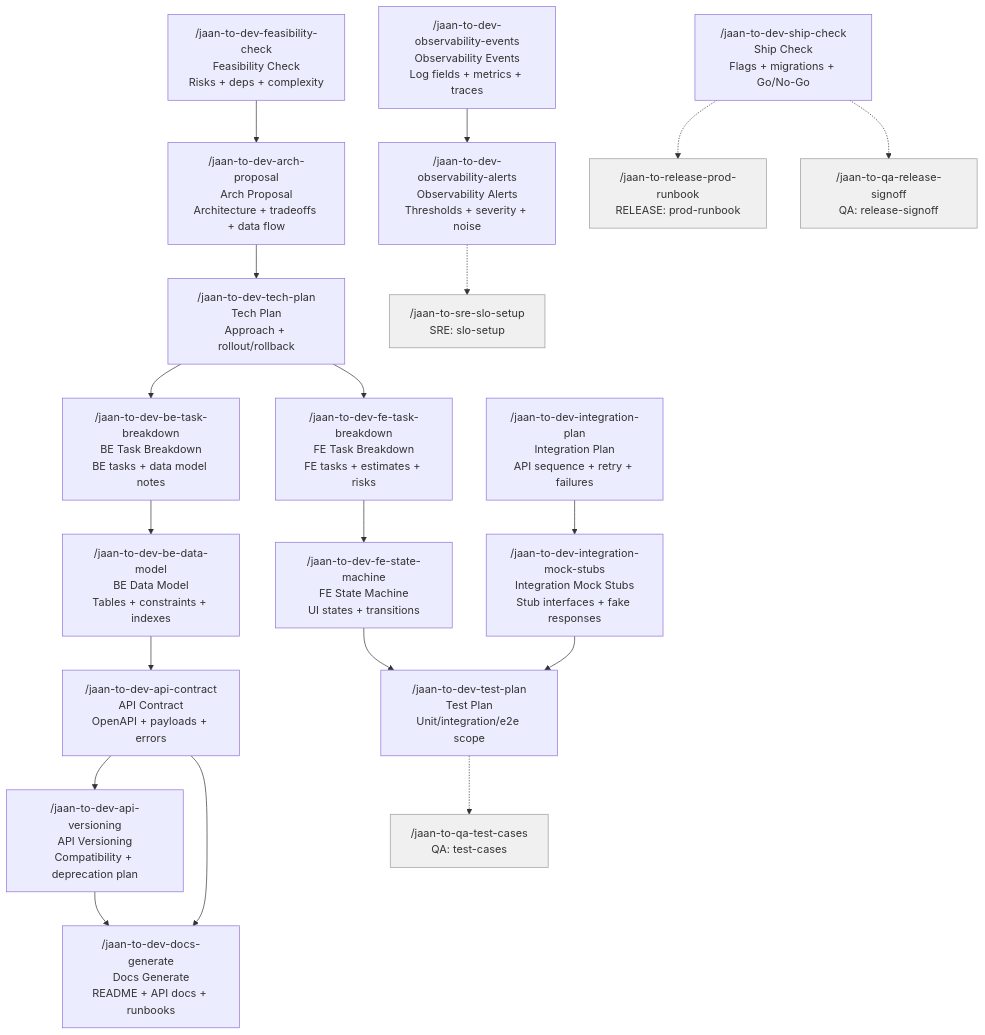
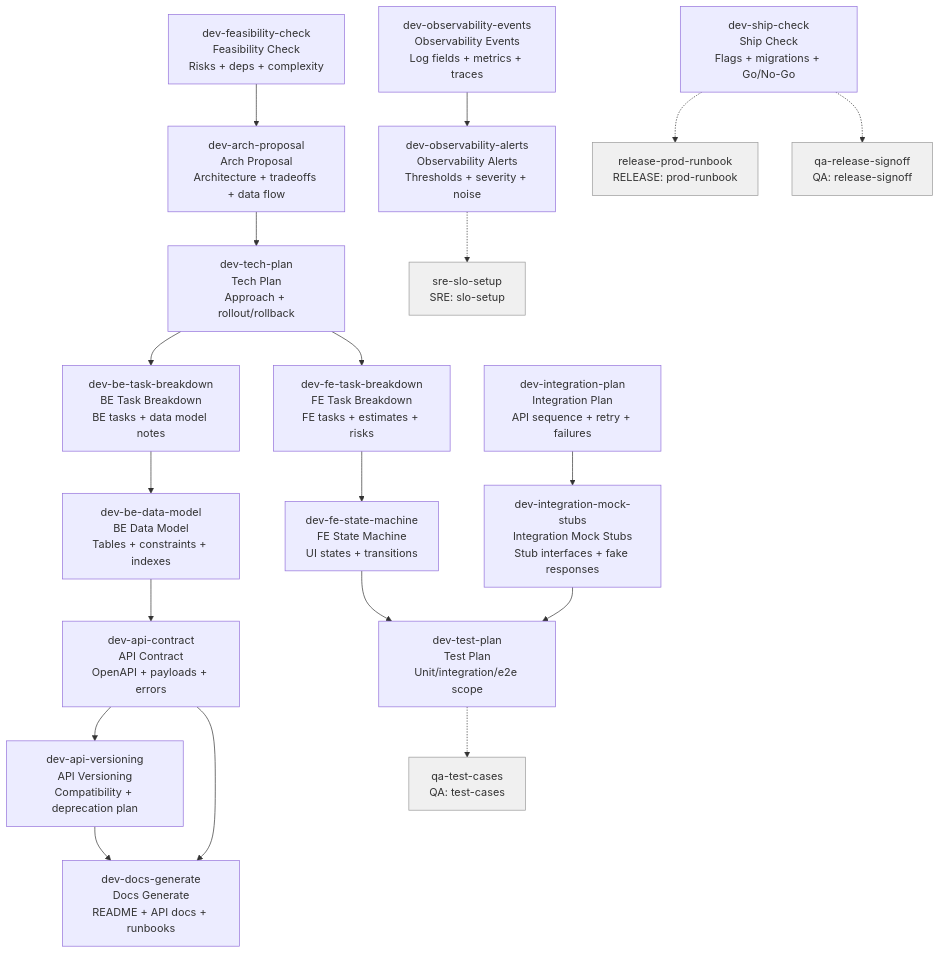
The diagram in roadmaps/jaan-to/tasks/role-skills/dev.md (parhumm/jaan-to), drawn with Mermaid before and after one commit. The commit also changed 10 other files, not shown here.

First line of the commit message:
fix(roadmap): Fix Mermaid userflow schemas across all 11 role-skills files

````diff
--- a/roadmaps/jaan-to/tasks/role-skills/dev.md
+++ b/roadmaps/jaan-to/tasks/role-skills/dev.md
@@ -9,26 +9,26 @@
 ```mermaid
 flowchart TD
-    jaan-to-dev-feasibility-check["/jaan-to-dev-feasibility-check\nFeasibility Check\nRisks + deps + complexity"] --> jaan-to-dev-arch-proposal["/jaan-to-dev-arch-proposal\nArch Proposal\nArchitecture + tradeoffs + data flow"]
-    jaan-to-dev-arch-proposal["/jaan-to-dev-arch-proposal\nArch Proposal\nArchitecture + tradeoffs + data flow"] --> jaan-to-dev-tech-plan["/jaan-to-dev-tech-plan\nTech Plan\nApproach + rollout/rollback"]
-    jaan-to-dev-tech-plan["/jaan-to-dev-tech-plan\nTech Plan\nApproach + rollout/rollback"] --> jaan-to-dev-be-task-breakdown["/jaan-to-dev-be-task-breakdown\nBE Task Breakdown\nBE tasks + data model notes"]
-    jaan-to-dev-tech-plan["/jaan-to-dev-tech-plan\nTech Plan\nApproach + rollout/rollback"] --> jaan-to-dev-fe-task-breakdown["/jaan-to-dev-fe-task-breakdown\nFE Task Breakdown\nFE tasks + estimates + risks"]
-    jaan-to-dev-be-task-breakdown["/jaan-to-dev-be-task-breakdown\nBE Task Breakdown\nBE tasks + data model notes"] --> jaan-to-dev-be-data-model["/jaan-to-dev-be-data-model\nBE Data Model\nTables + constraints + indexes"]
-    jaan-to-dev-be-data-model["/jaan-to-dev-be-data-model\nBE Data Model\nTables + constraints + indexes"] --> jaan-to-dev-api-contract["/jaan-to-dev-api-contract\nAPI Contract\nOpenAPI + payloads + errors"]
-    jaan-to-dev-api-contract["/jaan-to-dev-api-contract\nAPI Contract\nOpenAPI + payloads + errors"] --> jaan-to-dev-api-versioning["/jaan-to-dev-api-versioning\nAPI Versioning\nCompatibility + deprecation plan"]
-    jaan-to-dev-api-versioning["/jaan-to-dev-api-versioning\nAPI Versioning\nCompatibility + deprecation plan"] --> jaan-to-dev-docs-generate["/jaan-to-dev-docs-generate\nDocs Generate\nREADME + API docs + runbooks"]
-    jaan-to-dev-api-contract["/jaan-to-dev-api-contract\nAPI Contract\nOpenAPI + payloads + errors"] --> jaan-to-dev-docs-generate["/jaan-to-dev-docs-generate\nDocs Generate\nREADME + API docs + runbooks"]
-    jaan-to-dev-fe-task-breakdown["/jaan-to-dev-fe-task-breakdown\nFE Task Breakdown\nFE tasks + estimates + risks"] --> jaan-to-dev-fe-state-machine["/jaan-to-dev-fe-state-machine\nFE State Machine\nUI states + transitions"]
-    jaan-to-dev-fe-state-machine["/jaan-to-dev-fe-state-machine\nFE State Machine\nUI states + transitions"] --> jaan-to-dev-test-plan["/jaan-to-dev-test-plan\nTest Plan\nUnit/integration/e2e scope"]
-    jaan-to-dev-integration-plan["/jaan-to-dev-integration-plan\nIntegration Plan\nAPI sequence + retry + failures"] --> jaan-to-dev-integration-mock-stubs["/jaan-to-dev-integration-mock-stubs\nIntegration Mock Stubs\nStub interfaces + fake responses"]
-    jaan-to-dev-integration-mock-stubs["/jaan-to-dev-integration-mock-stubs\nIntegration Mock Stubs\nStub interfaces + fake responses"] --> jaan-to-dev-test-plan["/jaan-to-dev-test-plan\nTest Plan\nUnit/integration/e2e scope"]
-    jaan-to-dev-test-plan["/jaan-to-dev-test-plan\nTest Plan\nUnit/integration/e2e scope"] -.-> jaan-to-qa-test-cases["/jaan-to-qa-test-cases\nQA: test-cases"]
-    jaan-to-dev-observability-events["/jaan-to-dev-observability-events\nObservability Events\nLog fields + metrics + traces"] --> jaan-to-dev-observability-alerts["/jaan-to-dev-observability-alerts\nObservability Alerts\nThresholds + severity + noise"]
-    jaan-to-dev-observability-alerts["/jaan-to-dev-observability-alerts\nObservability Alerts\nThresholds + severity + noise"] -.-> jaan-to-sre-slo-setup["/jaan-to-sre-slo-setup\nSRE: slo-setup"]
-    jaan-to-dev-ship-check["/jaan-to-dev-ship-check\nShip Check\nFlags + migrations + Go/No-Go"] -.-> jaan-to-release-prod-runbook["/jaan-to-release-prod-runbook\nRELEASE: prod-runbook"]
-    jaan-to-dev-ship-check["/jaan-to-dev-ship-check\nShip Check\nFlags + migrations + Go/No-Go"] -.-> jaan-to-qa-release-signoff["/jaan-to-qa-release-signoff\nQA: release-signoff"]
+    jaan-to-dev-feasibility-check["dev-feasibility-check<br>Feasibility Check<br>Risks + deps + complexity"] --> jaan-to-dev-arch-proposal["dev-arch-proposal<br>Arch Proposal<br>Architecture + tradeoffs + data flow"]
+    jaan-to-dev-arch-proposal["dev-arch-proposal<br>Arch Proposal<br>Architecture + tradeoffs + data flow"] --> jaan-to-dev-tech-plan["dev-tech-plan<br>Tech Plan<br>Approach + rollout/rollback"]
+    jaan-to-dev-tech-plan["dev-tech-plan<br>Tech Plan<br>Approach + rollout/rollback"] --> jaan-to-dev-be-task-breakdown["dev-be-task-breakdown<br>BE Task Breakdown<br>BE tasks + data model notes"]
+    jaan-to-dev-tech-plan["dev-tech-plan<br>Tech Plan<br>Approach + rollout/rollback"] --> jaan-to-dev-fe-task-breakdown["dev-fe-task-breakdown<br>FE Task Breakdown<br>FE tasks + estimates + risks"]
+    jaan-to-dev-be-task-breakdown["dev-be-task-breakdown<br>BE Task Breakdown<br>BE tasks + data model notes"] --> jaan-to-dev-be-data-model["dev-be-data-model<br>BE Data Model<br>Tables + constraints + indexes"]
+    jaan-to-dev-be-data-model["dev-be-data-model<br>BE Data Model<br>Tables + constraints + indexes"] --> jaan-to-dev-api-contract["dev-api-contract<br>API Contract<br>OpenAPI + payloads + errors"]
+    jaan-to-dev-api-contract["dev-api-contract<br>API Contract<br>OpenAPI + payloads + errors"] --> jaan-to-dev-api-versioning["dev-api-versioning<br>API Versioning<br>Compatibility + deprecation plan"]
+    jaan-to-dev-api-versioning["dev-api-versioning<br>API Versioning<br>Compatibility + deprecation plan"] --> jaan-to-dev-docs-generate["dev-docs-generate<br>Docs Generate<br>README + API docs + runbooks"]
+    jaan-to-dev-api-contract["dev-api-contract<br>API Contract<br>OpenAPI + payloads + errors"] --> jaan-to-dev-docs-generate["dev-docs-generate<br>Docs Generate<br>README + API docs + runbooks"]
+    jaan-to-dev-fe-task-breakdown["dev-fe-task-breakdown<br>FE Task Breakdown<br>FE tasks + estimates + risks"] --> jaan-to-dev-fe-state-machine["dev-fe-state-machine<br>FE State Machine<br>UI states + transitions"]
+    jaan-to-dev-fe-state-machine["dev-fe-state-machine<br>FE State Machine<br>UI states + transitions"] --> jaan-to-dev-test-plan["dev-test-plan<br>Test Plan<br>Unit/integration/e2e scope"]
+    jaan-to-dev-integration-plan["dev-integration-plan<br>Integration Plan<br>API sequence + retry + failures"] --> jaan-to-dev-integration-mock-stubs["dev-integration-mock-stubs<br>Integration Mock Stubs<br>Stub interfaces + fake responses"]
+    jaan-to-dev-integration-mock-stubs["dev-integration-mock-stubs<br>Integration Mock Stubs<br>Stub interfaces + fake responses"] --> jaan-to-dev-test-plan["dev-test-plan<br>Test Plan<br>Unit/integration/e2e scope"]
+    jaan-to-dev-test-plan["dev-test-plan<br>Test Plan<br>Unit/integration/e2e scope"] -.-> jaan-to-qa-test-cases["qa-test-cases<br>QA: test-cases"]
+    jaan-to-dev-observability-events["dev-observability-events<br>Observability Events<br>Log fields + metrics + traces"] --> jaan-to-dev-observability-alerts["dev-observability-alerts<br>Observability Alerts<br>Thresholds + severity + noise"]
+    jaan-to-dev-observability-alerts["dev-observability-alerts<br>Observability Alerts<br>Thresholds + severity + noise"] -.-> jaan-to-sre-slo-setup["sre-slo-setup<br>SRE: slo-setup"]
+    jaan-to-dev-ship-check["dev-ship-check<br>Ship Check<br>Flags + migrations + Go/No-Go"] -.-> jaan-to-release-prod-runbook["release-prod-runbook<br>RELEASE: prod-runbook"]
+    jaan-to-dev-ship-check["dev-ship-check<br>Ship Check<br>Flags + migrations + Go/No-Go"] -.-> jaan-to-qa-release-signoff["qa-release-signoff<br>QA: release-signoff"]
 
     style jaan-to-qa-test-cases fill:#f0f0f0,stroke:#999
     style jaan-to-sre-slo-setup fill:#f0f0f0,stroke:#999
     style jaan-to-release-prod-runbook fill:#f0f0f0,stroke:#999
     style jaan-to-qa-release-signoff fill:#f0f0f0,stroke:#999
 ```
````
